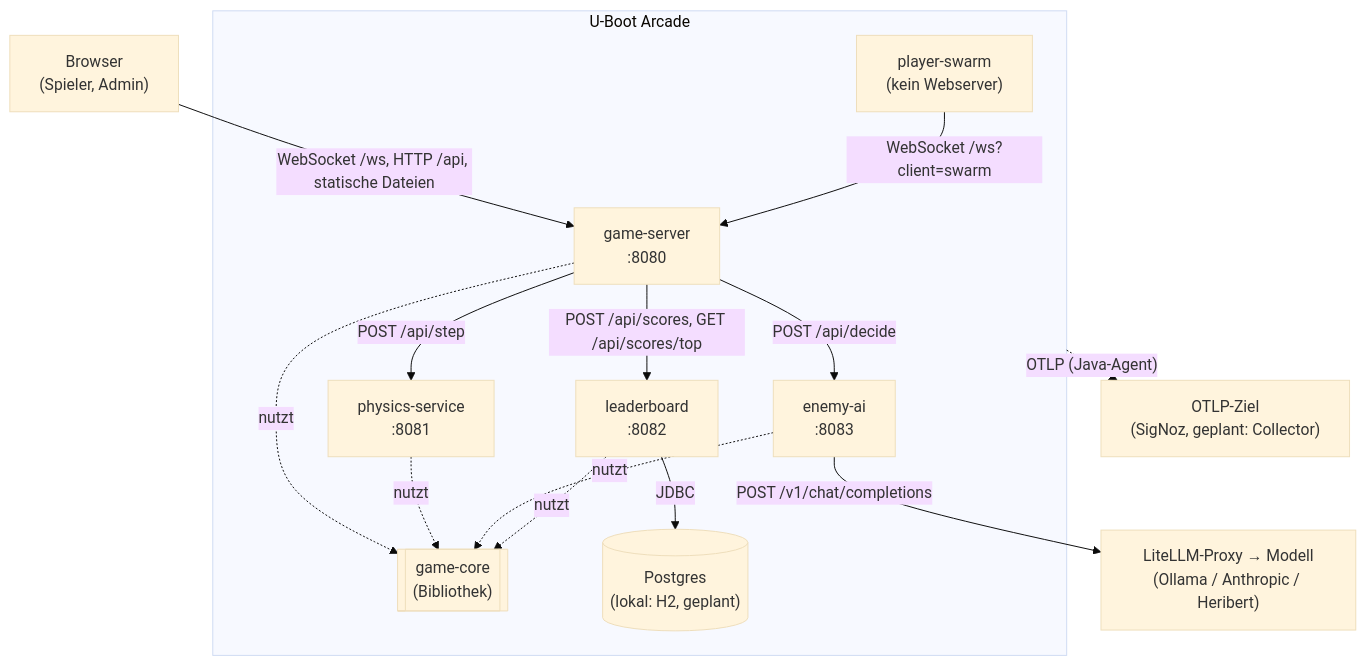
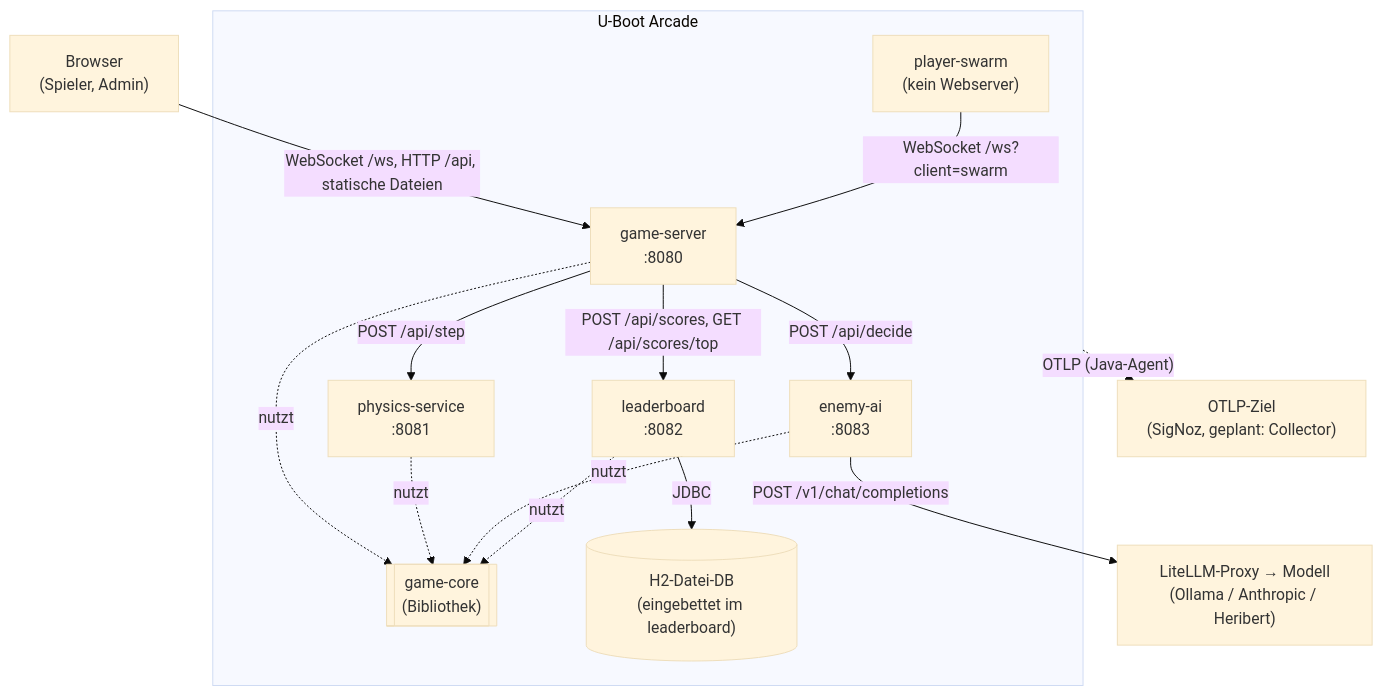
The diagram in arc-doc/05-Bausteinsicht/05-01-Ebene-1.md (c-kaiser/u-boot-arcade), drawn with Mermaid (base theme) before and after one commit. The commit also changed other lines of this file and 31 other files, not shown here.

First line of the commit message:
Leaderboard: H2-Datei-DB statt Postgres in allen Betriebsarten

````diff
--- a/arc-doc/05-Bausteinsicht/05-01-Ebene-1.md
+++ b/arc-doc/05-Bausteinsicht/05-01-Ebene-1.md
@@ -9,31 +9,31 @@
 ```mermaid
 flowchart TB
     Browser["Browser<br/>(Spieler, Admin)"]
     LLM["LiteLLM-Proxy → Modell<br/>(Ollama / Anthropic / Heribert)"]
     OTEL["OTLP-Ziel<br/>(SigNoz, geplant: Collector)"]
 
     subgraph System["U-Boot Arcade"]
         GS["game-server<br/>:8080"]
         PH["physics-service<br/>:8081"]
         LB["leaderboard<br/>:8082"]
         AI["enemy-ai<br/>:8083"]
         SW["player-swarm<br/>(kein Webserver)"]
         CORE[["game-core<br/>(Bibliothek)"]]
-        DB[("Postgres<br/>(lokal: H2, geplant)")]
+        DB[("H2-Datei-DB<br/>(eingebettet im leaderboard)")]
     end
 
     Browser -- "WebSocket /ws, HTTP /api, statische Dateien" --> GS
     SW -- "WebSocket /ws?client=swarm" --> GS
     GS -- "POST /api/step" --> PH
     GS -- "POST /api/decide" --> AI
     GS -- "POST /api/scores, GET /api/scores/top" --> LB
     LB -- JDBC --> DB
     AI -- "POST /v1/chat/completions" --> LLM
 
     GS -. nutzt .-> CORE
     PH -. nutzt .-> CORE
     AI -. nutzt .-> CORE
     LB -. nutzt .-> CORE
 
     System -. "OTLP (Java-Agent)" .-> OTEL
 ```
````
